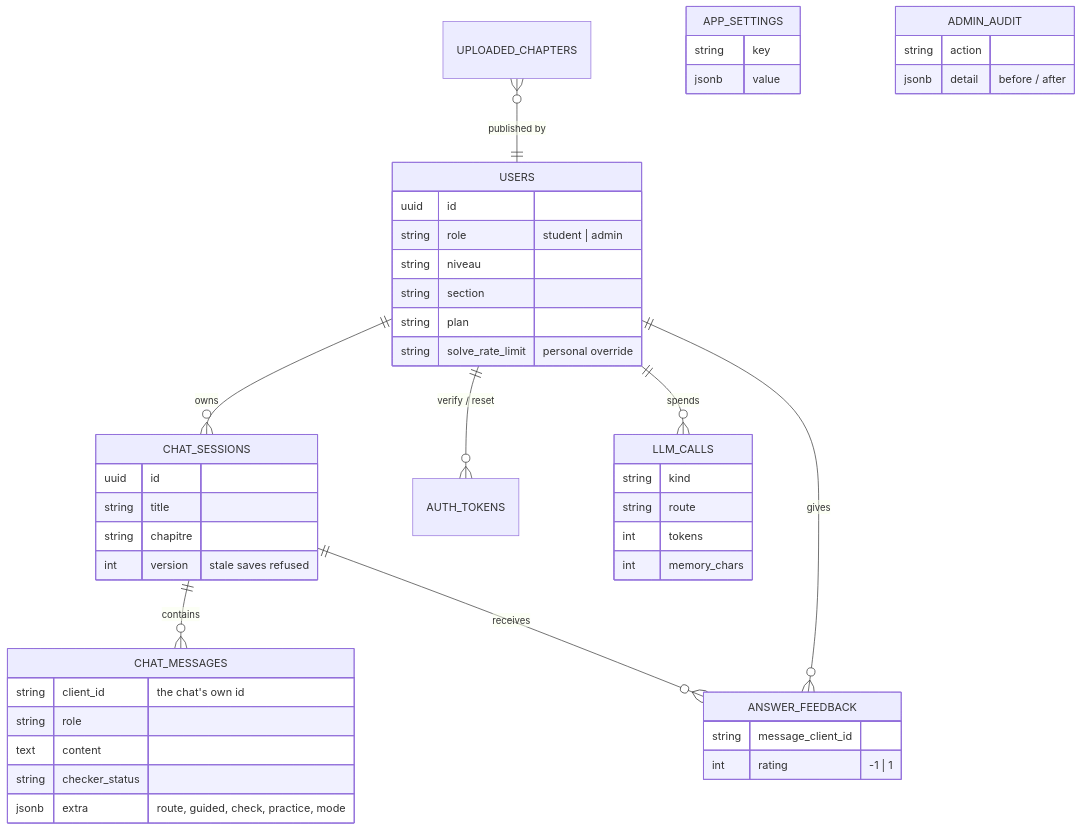
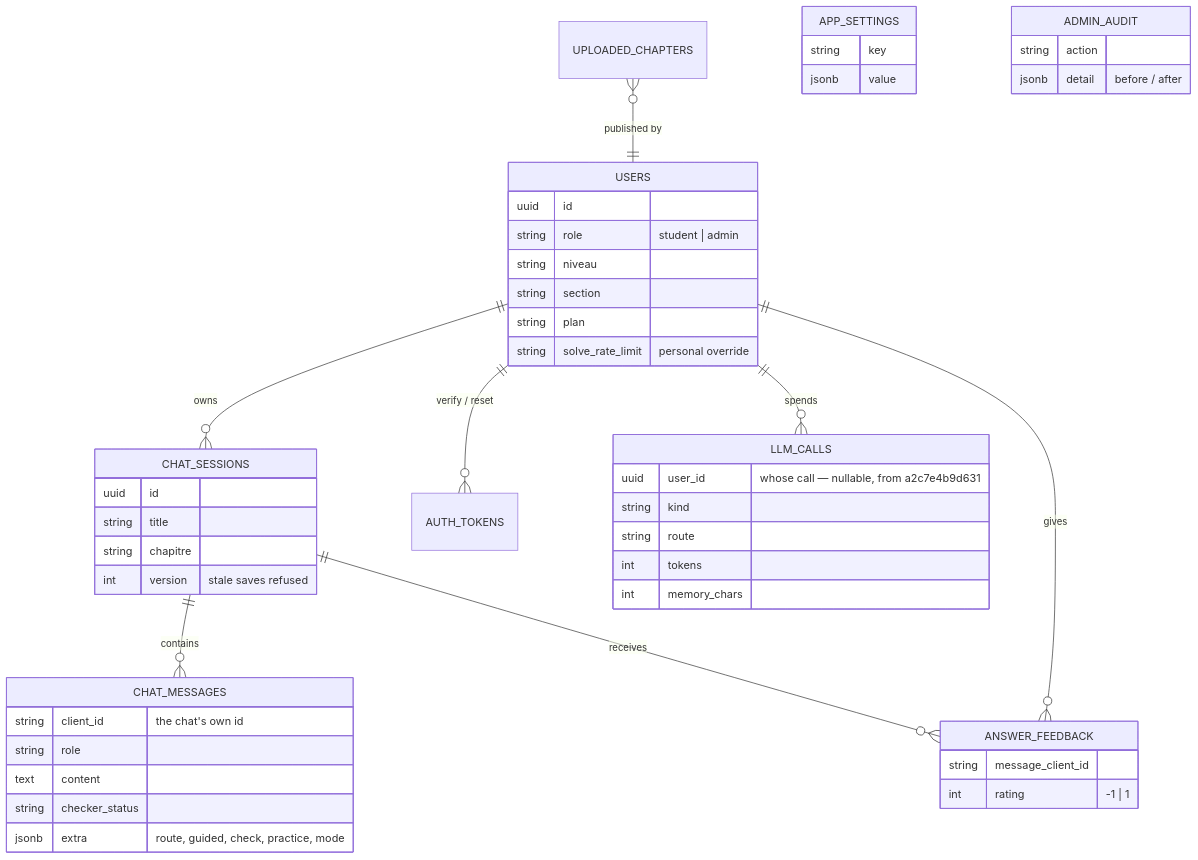
The sixth of 6 diagrams in README.md (Mortadha994/fahem), drawn with Mermaid before and after one commit. The commit also changed other lines of this file, not shown here.

````diff
--- a/README.md
+++ b/README.md
@@ -260,50 +275,51 @@
 ```mermaid
 erDiagram
     USERS ||--o{ CHAT_SESSIONS : owns
     CHAT_SESSIONS ||--o{ CHAT_MESSAGES : contains
     CHAT_SESSIONS ||--o{ ANSWER_FEEDBACK : receives
     USERS ||--o{ ANSWER_FEEDBACK : gives
     USERS ||--o{ AUTH_TOKENS : "verify / reset"
     USERS ||--o{ LLM_CALLS : spends
     UPLOADED_CHAPTERS }o--|| USERS : "published by"
 
     USERS {
         uuid id
         string role "student | admin"
         string niveau
         string section
         string plan
         string solve_rate_limit "personal override"
     }
     CHAT_SESSIONS {
         uuid id
         string title
         string chapitre
         int version "stale saves refused"
     }
     CHAT_MESSAGES {
         string client_id "the chat's own id"
         string role
         text content
         string checker_status
         jsonb extra "route, guided, check, practice, mode"
     }
     ANSWER_FEEDBACK {
         string message_client_id
         int rating "-1 | 1"
     }
     LLM_CALLS {
+        uuid user_id "whose call — nullable, from a2c7e4b9d631"
         string kind
         string route
         int tokens
         int memory_chars
     }
     APP_SETTINGS {
         string key
         jsonb value
     }
     ADMIN_AUDIT {
         string action
         jsonb detail "before / after"
     }
 ```
````
